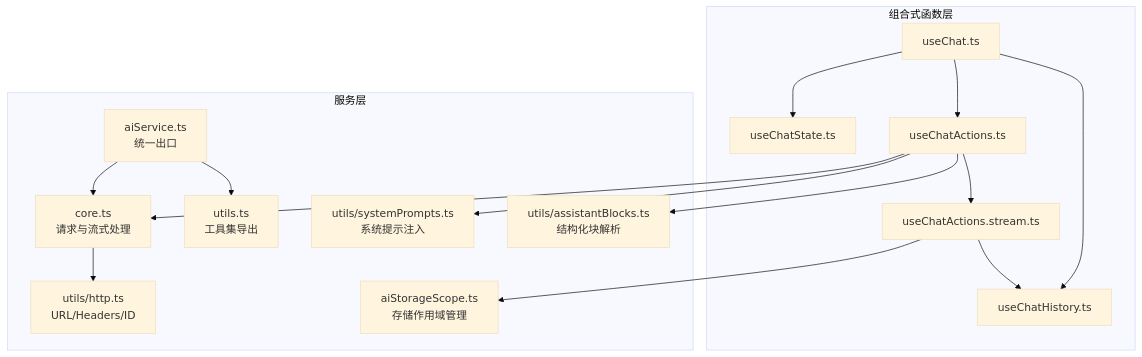
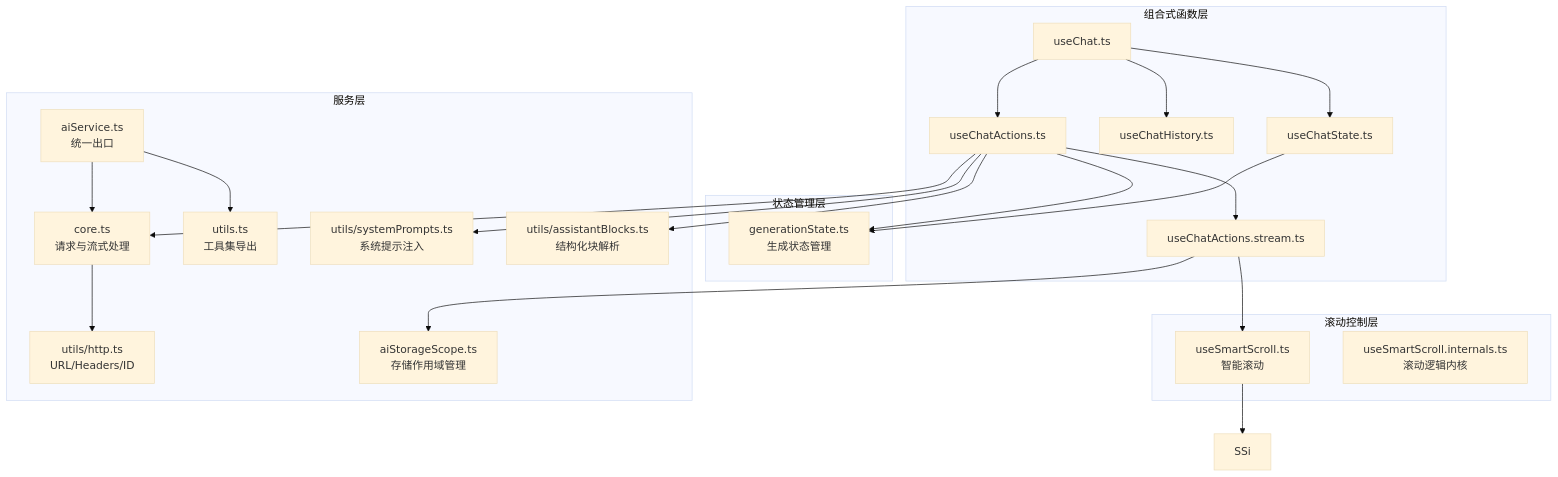
One commit to xixixiaoyu/Todo changed the first of 7 diagrams in .qoder/repowiki/zh/content/核心模块/AI助手系统/对话管理.md. Above: the diagram before and after it, drawn with Mermaid (base theme). The commit also changed other lines of this file and 6 other files, not shown here.

````diff
--- a/.qoder/repowiki/zh/content/核心模块/AI助手系统/对话管理.md
+++ b/.qoder/repowiki/zh/content/核心模块/AI助手系统/对话管理.md
@@ -57,31 +66,41 @@
 ```mermaid
 graph TB
 subgraph "组合式函数层"
 UC["useChat.ts"]
 UCS["useChatState.ts"]
 UCH["useChatHistory.ts"]
 UCA["useChatActions.ts"]
 UCAS["useChatActions.stream.ts"]
+end
+subgraph "状态管理层"
+GEN["generationState.ts<br/>生成状态管理"]
+end
+subgraph "滚动控制层"
+SS["useSmartScroll.ts<br/>智能滚动"]
+SSI["useSmartScroll.internals.ts<br/>滚动逻辑内核"]
 end
 subgraph "服务层"
 AISI["aiService.ts<br/>统一出口"]
 CORE["core.ts<br/>请求与流式处理"]
 UTILS["utils.ts<br/>工具集导出"]
 HTTPU["utils/http.ts<br/>URL/Headers/ID"]
 SYSU["utils/systemPrompts.ts<br/>系统提示注入"]
 ABU["utils/assistantBlocks.ts<br/>结构化块解析"]
 ASS["aiStorageScope.ts<br/>存储作用域管理"]
 end
 UC --> UCS
 UC --> UCH
 UC --> UCA
 UCA --> UCAS
+UCA --> GEN
+UCS --> GEN
+UCAS --> SS
+SS --> SSi
 UCA --> CORE
 UCA --> SYSU
 UCA --> ABU
-UCAS --> UCH
 UCAS --> ASS
 CORE --> HTTPU
 AISI --> CORE
 AISI --> UTILS
 ```
````
